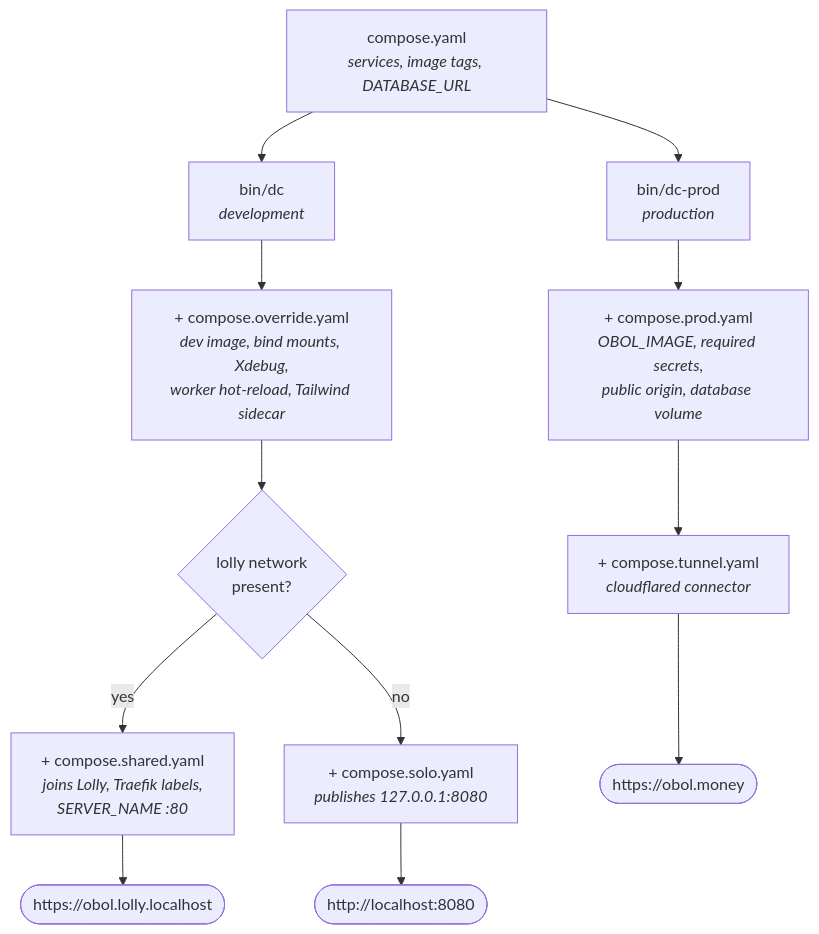
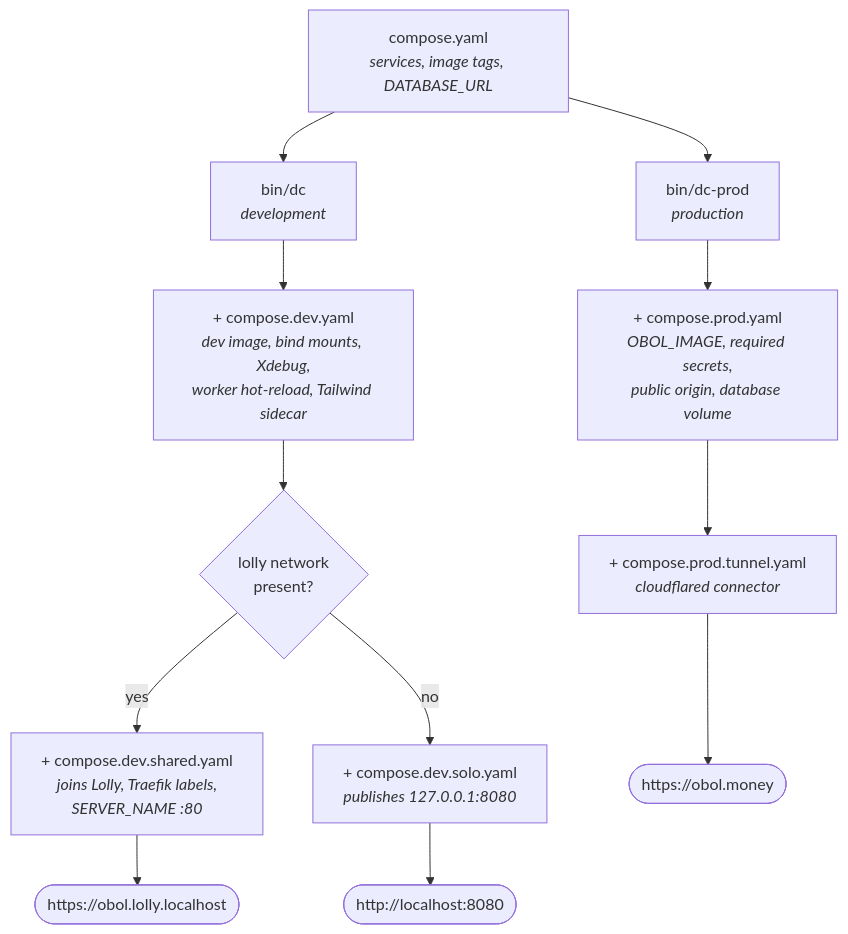
Before and after one commit to gubler/obol: the diagram in docs/src/content/docs/deployment.md, drawn with Mermaid. The commit also changed other lines of this file and 12 other files, not shown here.

First line of the commit message:
chore(compose): name the overlay files for their place in the chain (#498)

````diff
--- a/docs/src/content/docs/deployment.md
+++ b/docs/src/content/docs/deployment.md
@@ -57,19 +57,19 @@
 ```mermaid
 flowchart TD
     base["compose.yaml<br/><i>services, image tags, DATABASE_URL</i>"]
 
     base --> dev["bin/dc<br/><i>development</i>"]
     base --> prod["bin/dc-prod<br/><i>production</i>"]
 
-    dev --> override["+ compose.override.yaml<br/><i>dev image, bind mounts, Xdebug,<br/>worker hot-reload, Tailwind sidecar</i>"]
-    override --> probe{"lolly network<br/>present?"}
-    probe -->|yes| shared["+ compose.shared.yaml<br/><i>joins Lolly, Traefik labels,<br/>SERVER_NAME :80</i>"]
-    probe -->|no| solo["+ compose.solo.yaml<br/><i>publishes 127.0.0.1:8080</i>"]
+    dev --> devoverlay["+ compose.dev.yaml<br/><i>dev image, bind mounts, Xdebug,<br/>worker hot-reload, Tailwind sidecar</i>"]
+    devoverlay --> probe{"lolly network<br/>present?"}
+    probe -->|yes| shared["+ compose.dev.shared.yaml<br/><i>joins Lolly, Traefik labels,<br/>SERVER_NAME :80</i>"]
+    probe -->|no| solo["+ compose.dev.solo.yaml<br/><i>publishes 127.0.0.1:8080</i>"]
 
     prod --> prodoverlay["+ compose.prod.yaml<br/><i>OBOL_IMAGE, required secrets,<br/>public origin, database volume</i>"]
-    prodoverlay --> tunnel["+ compose.tunnel.yaml<br/><i>cloudflared connector</i>"]
+    prodoverlay --> tunnel["+ compose.prod.tunnel.yaml<br/><i>cloudflared connector</i>"]
 
     shared --> devstack(["https://obol.lolly.localhost"])
     solo --> solostack(["http://localhost:8080"])
     tunnel --> prodstack(["https://obol.money"])
 ```
````
